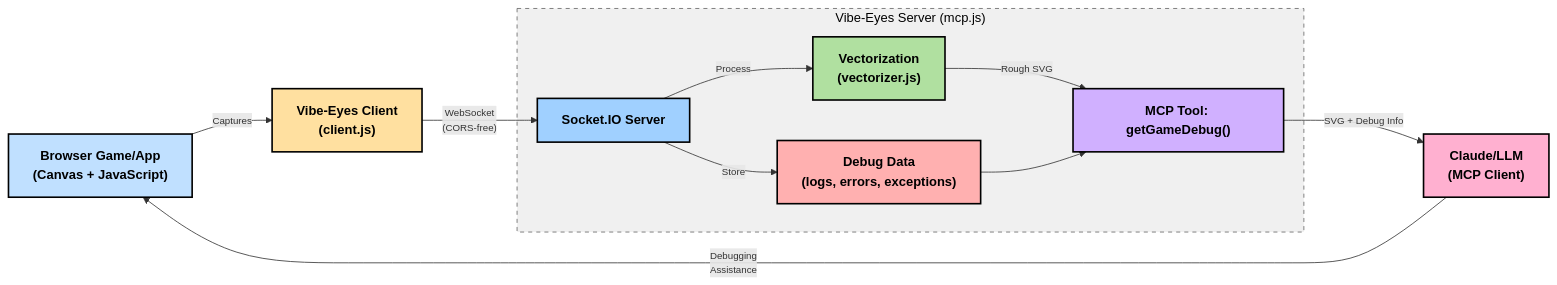
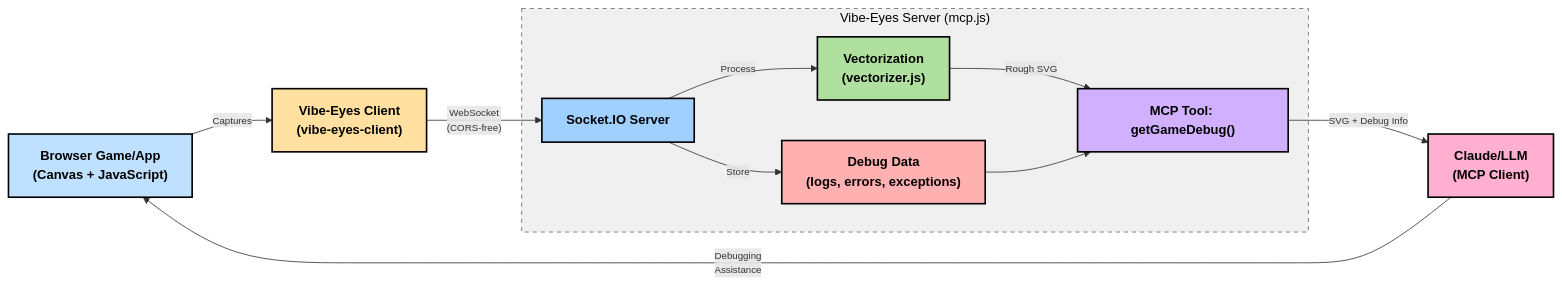
Before and after one commit to monteslu/vibe-eyes: the diagram in README.md, drawn with Mermaid. The commit also changed other lines of this file and 3 other files, not shown here.

````diff
--- a/README.md
+++ b/README.md
@@ -5,27 +9,27 @@
 ```mermaid
 flowchart LR
-    A["Browser Game/App<br/>(Canvas + JavaScript)"] -->|"Captures"| B["Vibe-Eyes Client<br/>(client.js)"]
+    A["Browser Game/App<br/>(Canvas + JavaScript)"] -->|"Captures"| B["Vibe-Eyes Client<br/>(vibe-eyes-client)"]
     B -->|"WebSocket<br/>(CORS-free)"| C["Socket.IO Server"]
     
     subgraph server["Vibe-Eyes Server (mcp.js)"]
         C -->|"Process"| D["Vectorization<br/>(vectorizer.js)"]
         C -->|"Store"| E["Debug Data<br/>(logs, errors, exceptions)"]
         D -->|"Rough SVG"| F["MCP Tool: getGameDebug()"]
         E --> F
     end
     
     F -->|"SVG + Debug Info"| G["Claude/LLM<br/>(MCP Client)"]
     G -->|"Debugging<br/>Assistance"| A
     
     classDef default color:#000,font-weight:bold
     classDef edgeLabel color:#333,font-size:12px
     
     style A fill:#c0e0ff,stroke:#000,stroke-width:2px
     style B fill:#ffe0a0,stroke:#000,stroke-width:2px
     style C fill:#a0d0ff,stroke:#000,stroke-width:2px
     style D fill:#b0e0a0,stroke:#000,stroke-width:2px
     style E fill:#ffb0b0,stroke:#000,stroke-width:2px
     style F fill:#d0b0ff,stroke:#000,stroke-width:2px
     style G fill:#ffb0d0,stroke:#000,stroke-width:2px
     style server fill:#f0f0f0,stroke:#666,stroke-width:1px,stroke-dasharray: 5 5,color:#000
 ```
````
